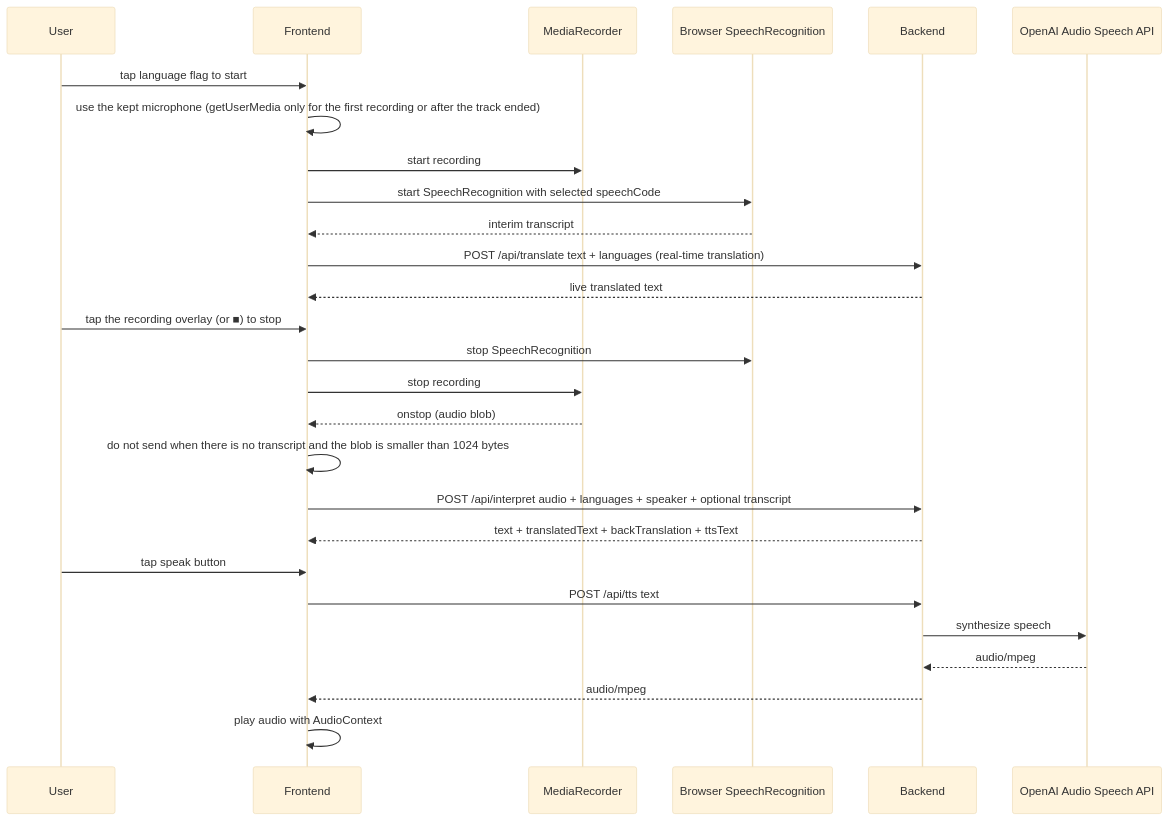
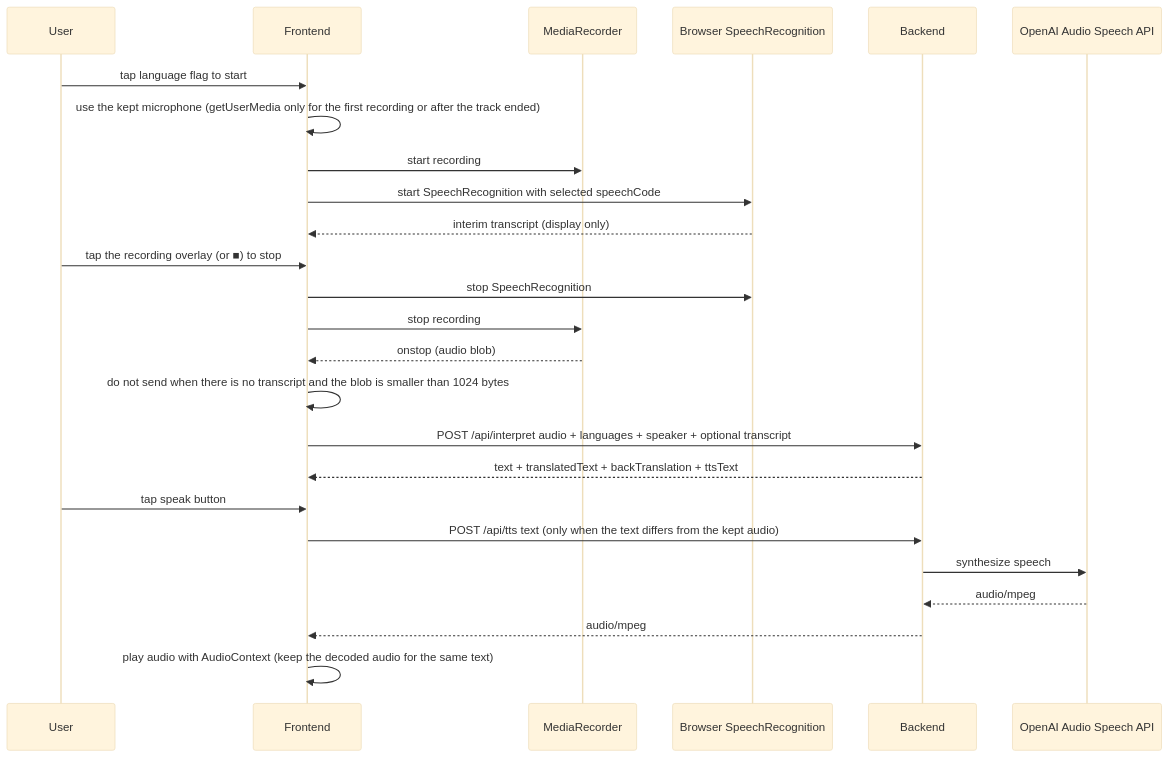
Before and after one commit to shin-arita/gotalk: the third of 3 diagrams in docs/architecture.md, drawn with Mermaid (base theme). The commit also changed other lines of this file and 12 other files, not shown here.

````diff
--- a/docs/architecture.md
+++ b/docs/architecture.md
@@ -166,31 +165,29 @@
 ```mermaid
 sequenceDiagram
   participant User as User
   participant FE as Frontend
   participant MR as MediaRecorder
   participant Browser as Browser SpeechRecognition
   participant BE as Backend
   participant TTS as OpenAI Audio Speech API
 
   User->>FE: tap language flag to start
   FE->>FE: use the kept microphone (getUserMedia only for the first recording or after the track ended)
   FE->>MR: start recording
   FE->>Browser: start SpeechRecognition with selected speechCode
-  Browser-->>FE: interim transcript
-  FE->>BE: POST /api/translate text + languages (real-time translation)
-  BE-->>FE: live translated text
+  Browser-->>FE: interim transcript (display only)
 
   User->>FE: tap the recording overlay (or ■) to stop
   FE->>Browser: stop SpeechRecognition
   FE->>MR: stop recording
   MR-->>FE: onstop (audio blob)
   FE->>FE: do not send when there is no transcript and the blob is smaller than 1024 bytes
   FE->>BE: POST /api/interpret audio + languages + speaker + optional transcript
   BE-->>FE: text + translatedText + backTranslation + ttsText
   User->>FE: tap speak button
-  FE->>BE: POST /api/tts text
+  FE->>BE: POST /api/tts text (only when the text differs from the kept audio)
   BE->>TTS: synthesize speech
   TTS-->>BE: audio/mpeg
   BE-->>FE: audio/mpeg
-  FE->>FE: play audio with AudioContext
+  FE->>FE: play audio with AudioContext (keep the decoded audio for the same text)
 ```
````
